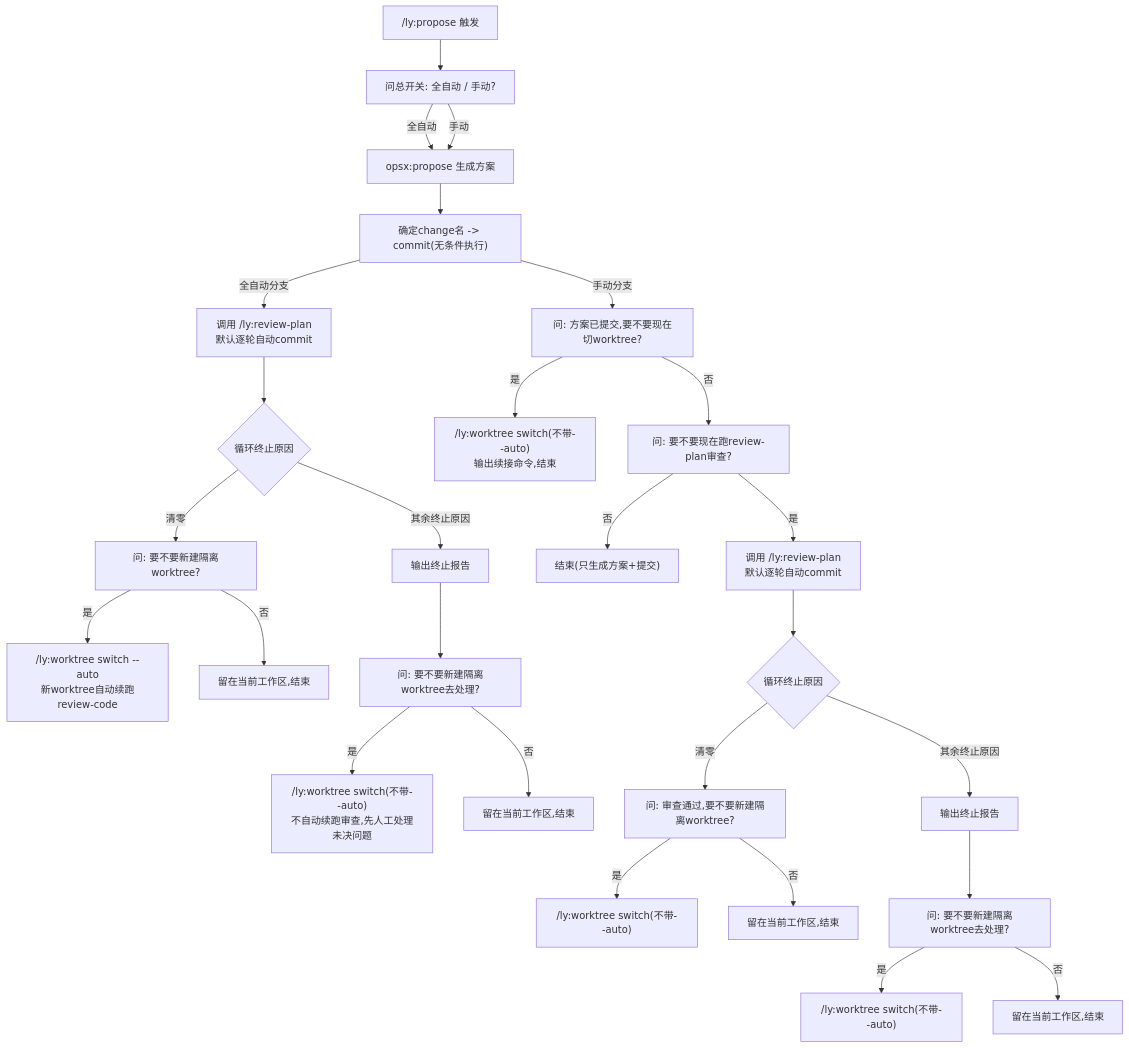
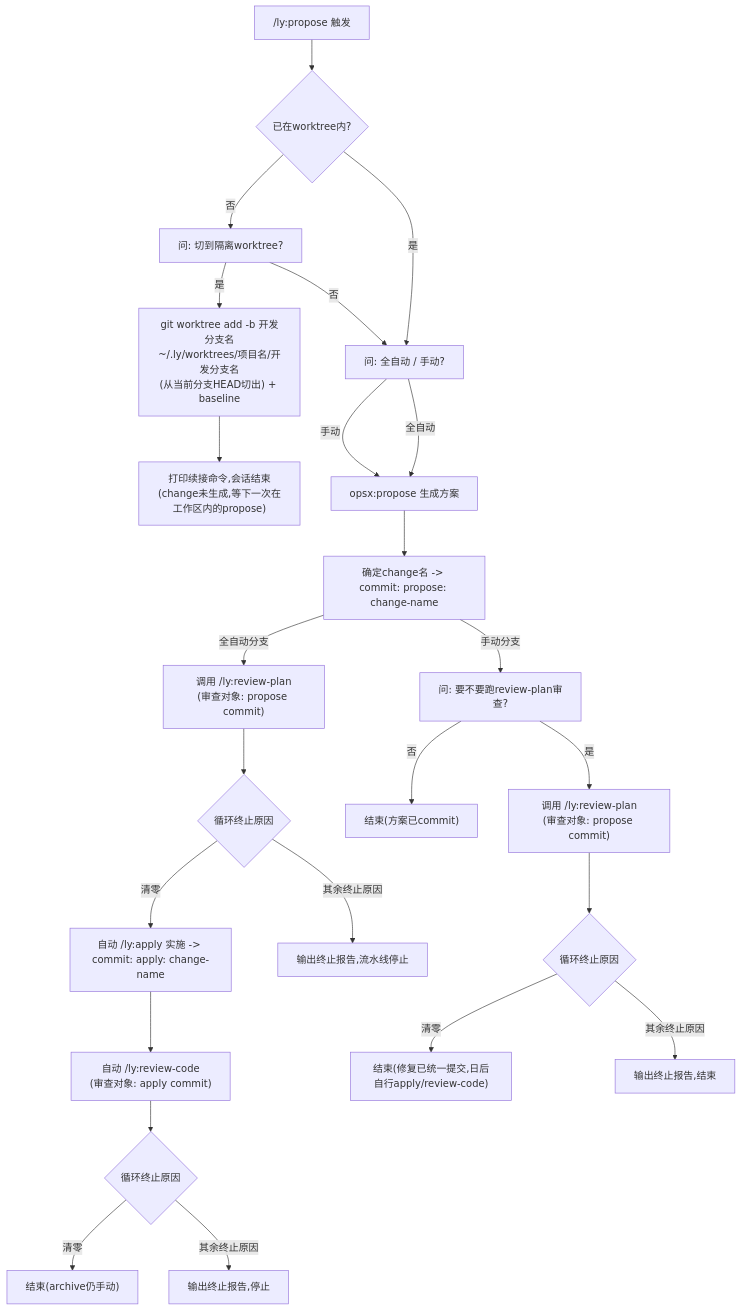
Before and after one commit to FE-runner/ly-workflow: the first of 3 diagrams in workflow.md, drawn with Mermaid. The commit also changed other lines of this file and 12 other files, not shown here.

Commit message:
apply: converge-propose-prompts

````diff
--- a/workflow.md
+++ b/workflow.md
@@ -1,32 +1,30 @@
 ```mermaid
 flowchart TD
-    Start["/ly:propose 触发"] --> Ask1["问总开关: 全自动 / 手动?"]
-    Ask1 -->|全自动| A1["opsx:propose 生成方案"]
-    Ask1 -->|手动| A1
+    Start["/ly:propose 触发"] --> IsWt{已在worktree内?}
+    IsWt -->|是| AskAuto["问: 全自动 / 手动?"]
+    IsWt -->|否| AskWt["问: 切到隔离worktree?"]
+    AskWt -->|是| WtCreate["git worktree add -b 开发分支名<br/>~/.ly/worktrees/项目名/开发分支名<br/>(从当前分支HEAD切出) + baseline"]
+    WtCreate --> WtLog["打印续接命令,会话结束<br/>(change未生成,等下一次在工作区内的propose)"]
+    AskWt -->|否| AskAuto
 
-    A1 --> Commit["确定change名 -> commit(无条件执行)"]
+    AskAuto -->|全自动| A1["opsx:propose 生成方案"]
+    AskAuto -->|手动| A1
 
-    Commit -->|全自动分支| B1["调用 /ly:review-plan<br/>默认逐轮自动commit"]
+    A1 --> Commit["确定change名 -> commit: propose: change-name"]
+
+    Commit -->|全自动分支| B1["调用 /ly:review-plan<br/>(审查对象: propose commit)"]
     B1 --> B2{循环终止原因}
-    B2 -->|清零| B3["问: 要不要新建隔离worktree?"]
-    B3 -->|是| B4["/ly:worktree switch --auto<br/>新worktree自动续跑review-code"]
-    B3 -->|否| B5["留在当前工作区,结束"]
-    B2 -->|其余终止原因| B6["输出终止报告"]
-    B6 --> B6a["问: 要不要新建隔离worktree去处理?"]
-    B6a -->|是| B6b["/ly:worktree switch(不带--auto)<br/>不自动续跑审查,先人工处理未决问题"]
-    B6a -->|否| B6c["留在当前工作区,结束"]
+    B2 -->|清零| BApply["自动 /ly:apply 实施 -> commit: apply: change-name"]
+    B2 -->|其余终止原因| B6["输出终止报告,流水线停止"]
+    BApply --> BCode["自动 /ly:review-code<br/>(审查对象: apply commit)"]
+    BCode --> B5{循环终止原因}
+    B5 -->|清零| B7["结束(archive仍手动)"]
+    B5 -->|其余终止原因| B8["输出终止报告,停止"]
 
-    Commit -->|手动分支| C1["问: 方案已提交,要不要现在切worktree?"]
-    C1 -->|是| C2["/ly:worktree switch(不带--auto)<br/>输出续接命令,结束"]
-    C1 -->|否| C3["问: 要不要现在跑review-plan审查?"]
-    C3 -->|否| C4["结束(只生成方案+提交)"]
-    C3 -->|是| C5["调用 /ly:review-plan<br/>默认逐轮自动commit"]
+    Commit -->|手动分支| C3["问: 要不要跑review-plan审查?"]
+    C3 -->|否| C4["结束(方案已commit)"]
+    C3 -->|是| C5["调用 /ly:review-plan<br/>(审查对象: propose commit)"]
     C5 --> C6{循环终止原因}
-    C6 -->|清零| C7["问: 审查通过,要不要新建隔离worktree?"]
-    C7 -->|是| C8["/ly:worktree switch(不带--auto)"]
-    C7 -->|否| C9["留在当前工作区,结束"]
-    C6 -->|其余终止原因| C10["输出终止报告"]
-    C10 --> C10a["问: 要不要新建隔离worktree去处理?"]
-    C10a -->|是| C10b["/ly:worktree switch(不带--auto)"]
-    C10a -->|否| C10c["留在当前工作区,结束"]
+    C6 -->|清零| C7["结束(修复已统一提交,日后自行apply/review-code)"]
+    C6 -->|其余终止原因| C8["输出终止报告,结束"]
 ```
````
